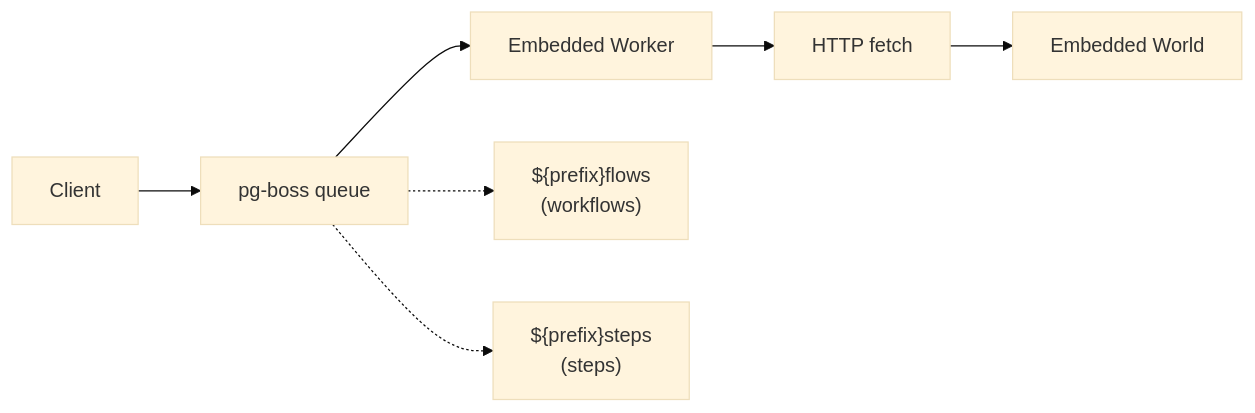
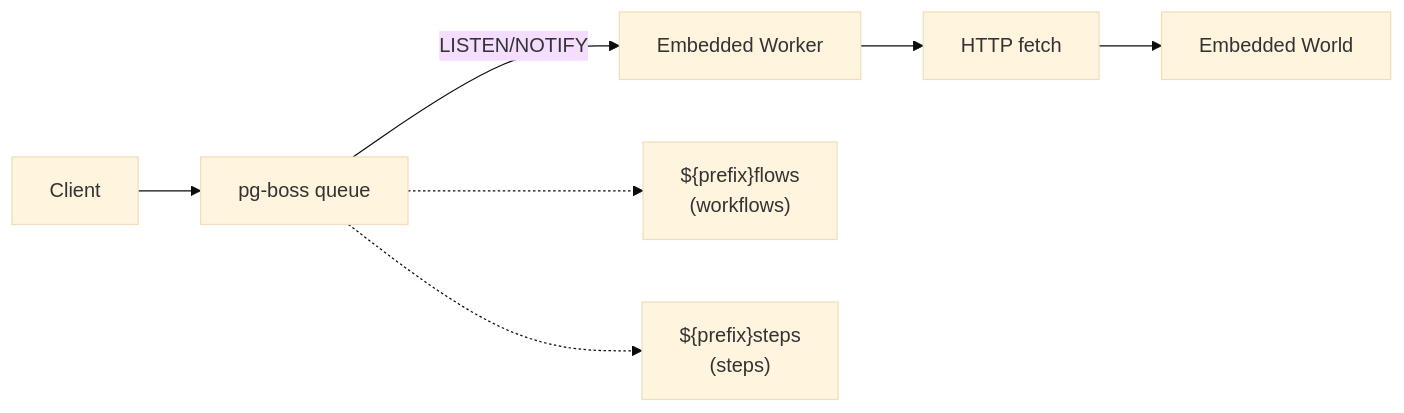
The first of 2 diagrams in packages/world-sql/HOW_IT_WORKS.md (ejc3/workflow), drawn with Mermaid (base theme) before and after one commit. The commit also changed other lines of this file and 10 other files, not shown here.

````diff
--- a/packages/world-sql/HOW_IT_WORKS.md
+++ b/packages/world-sql/HOW_IT_WORKS.md
@@ -11,10 +59,10 @@
 ```mermaid
 graph LR
     Client --> PG[pg-boss queue]
-    PG --> Worker[Embedded Worker]
+    PG -->|LISTEN/NOTIFY| Worker[Embedded Worker]
     Worker --> HTTP[HTTP fetch]
     HTTP --> EW[Embedded World]
 
     PG -.-> F["${prefix}flows<br/>(workflows)"]
     PG -.-> S["${prefix}steps<br/>(steps)"]
 ```
````
